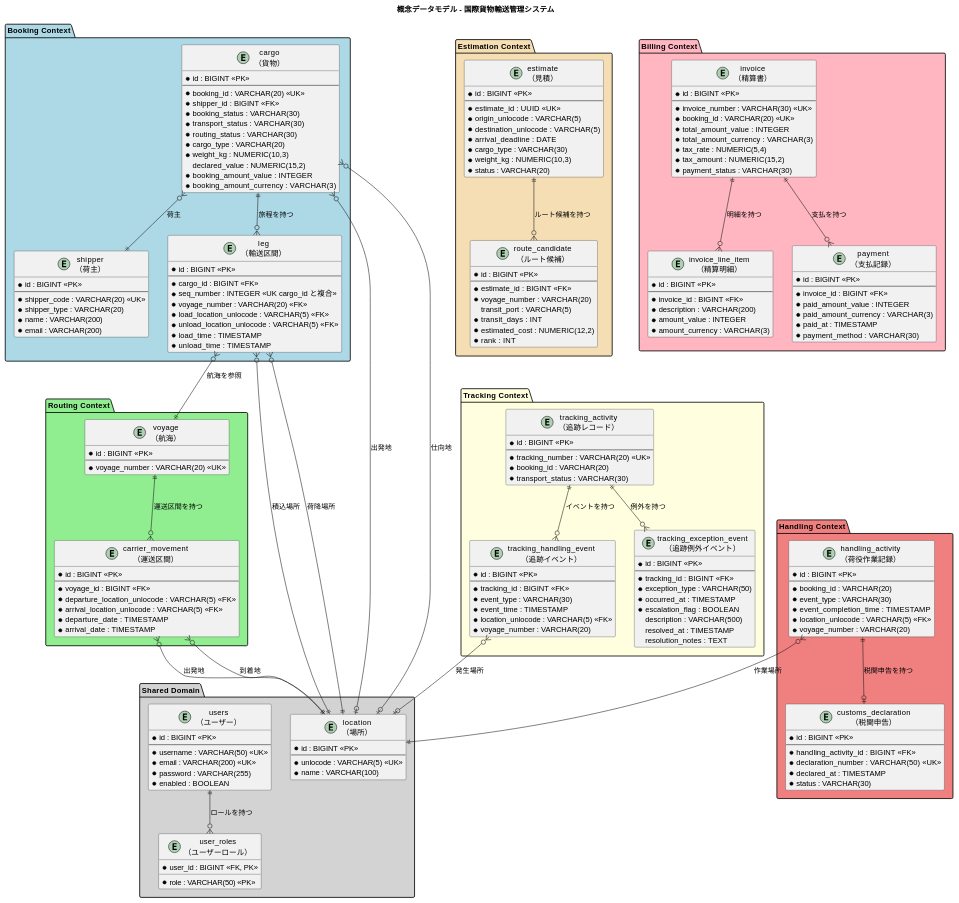
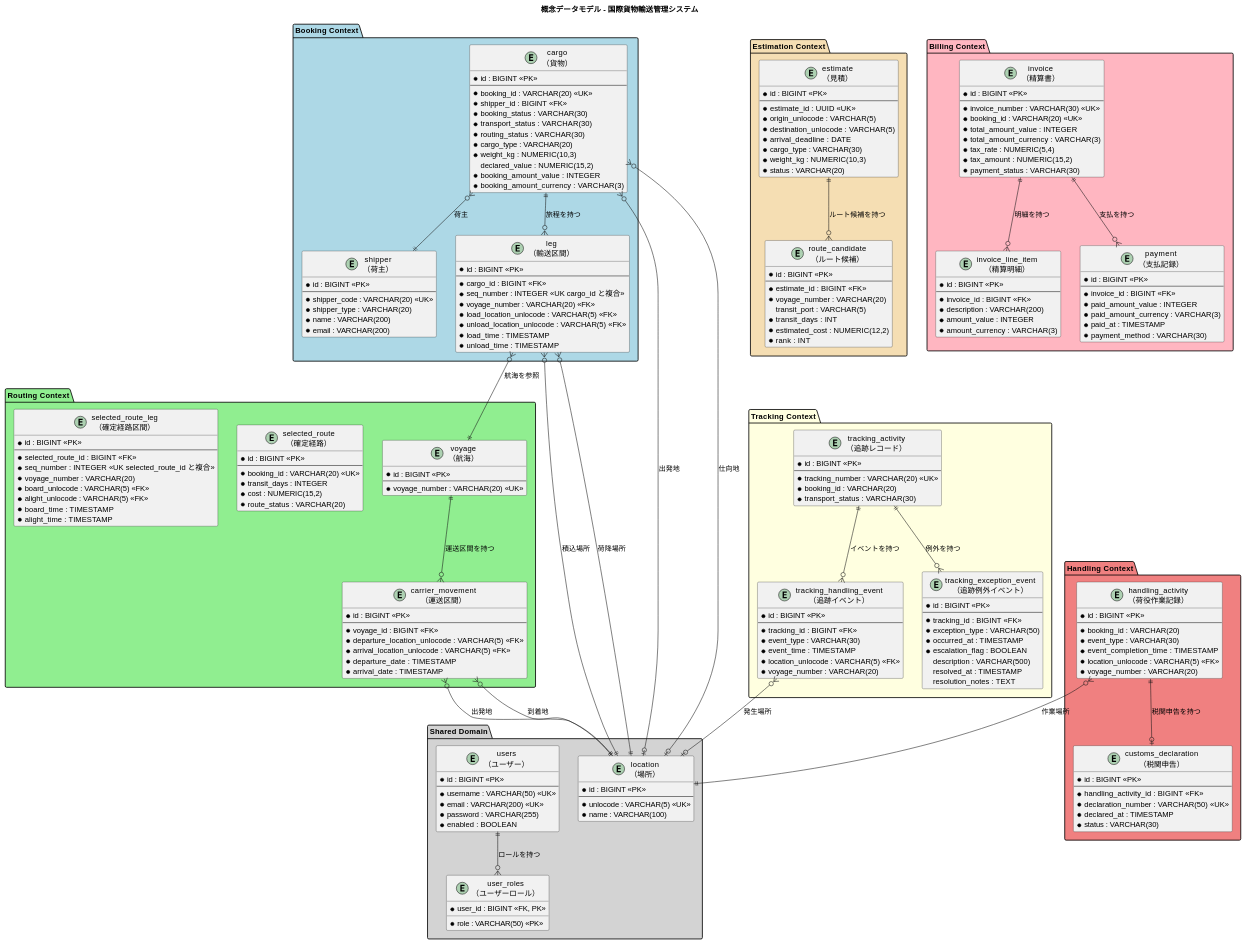
One commit to k2works/case-study-cargo-tracker changed the first of 9 diagrams in docs/design/data-model.md. Above: the diagram before and after it, drawn with PlantUML. The commit also changed 11 other files, not shown here.

First line of the commit message:
feat(routing): US09 経路選択・確定（SelectedRoute）を実装

```diff
--- a/docs/design/data-model.md
+++ b/docs/design/data-model.md
@@ -115,6 +115,27 @@
     * arrival_location_unlocode : VARCHAR(5) <<FK>>
     * departure_date : TIMESTAMP
     * arrival_date : TIMESTAMP
+  }
+
+  entity "selected_route\n（確定経路）" as selected_route {
+    * id : BIGINT <<PK>>
+    --
+    * booking_id : VARCHAR(20) <<UK>>
+    * transit_days : INTEGER
+    * cost : NUMERIC(15,2)
+    * route_status : VARCHAR(20)
+  }
+
+  entity "selected_route_leg\n（確定経路区間）" as selected_route_leg {
+    * id : BIGINT <<PK>>
+    --
+    * selected_route_id : BIGINT <<FK>>
+    * seq_number : INTEGER <<UK selected_route_id と複合>>
+    * voyage_number : VARCHAR(20)
+    * board_unlocode : VARCHAR(5) <<FK>>
+    * alight_unlocode : VARCHAR(5) <<FK>>
+    * board_time : TIMESTAMP
+    * alight_time : TIMESTAMP
   }
 }
 
```
